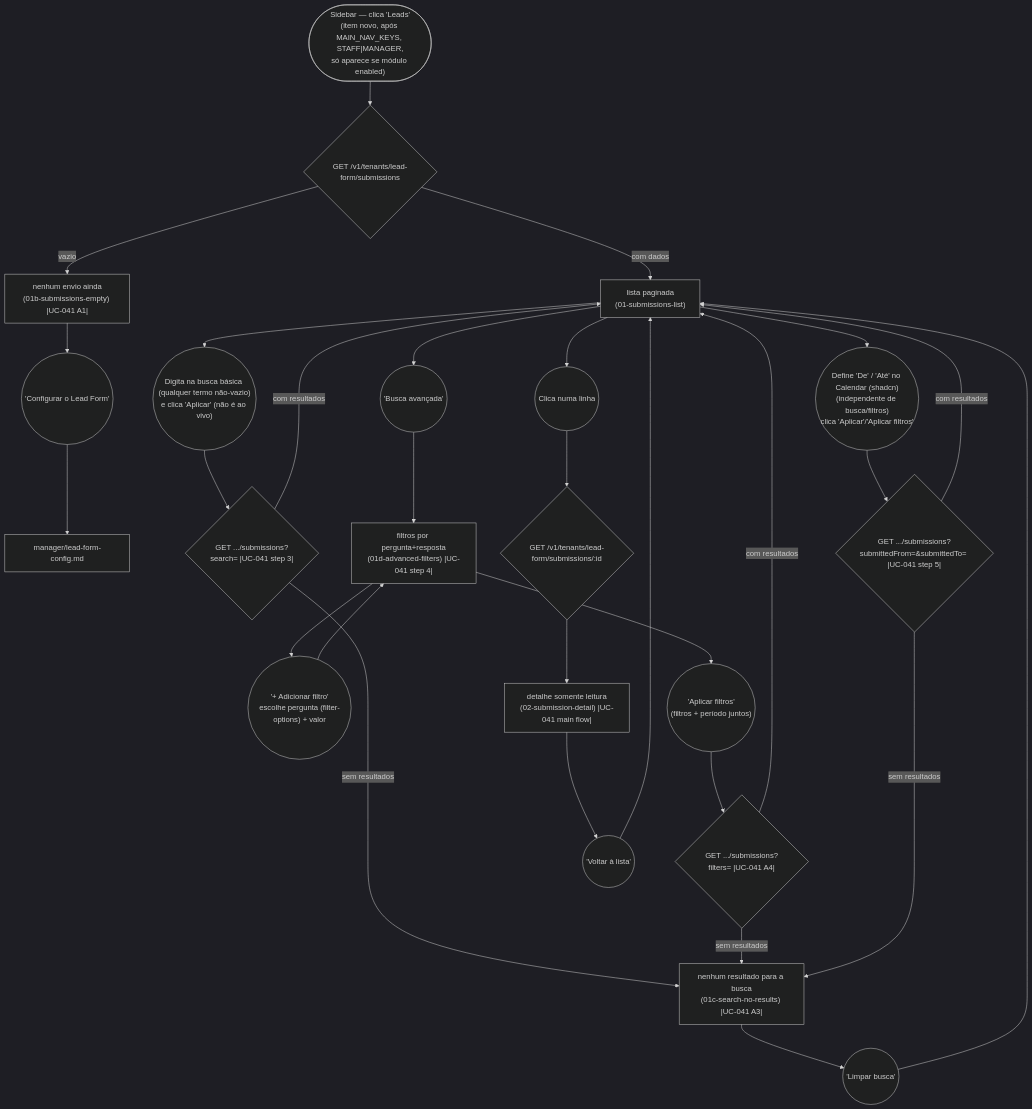
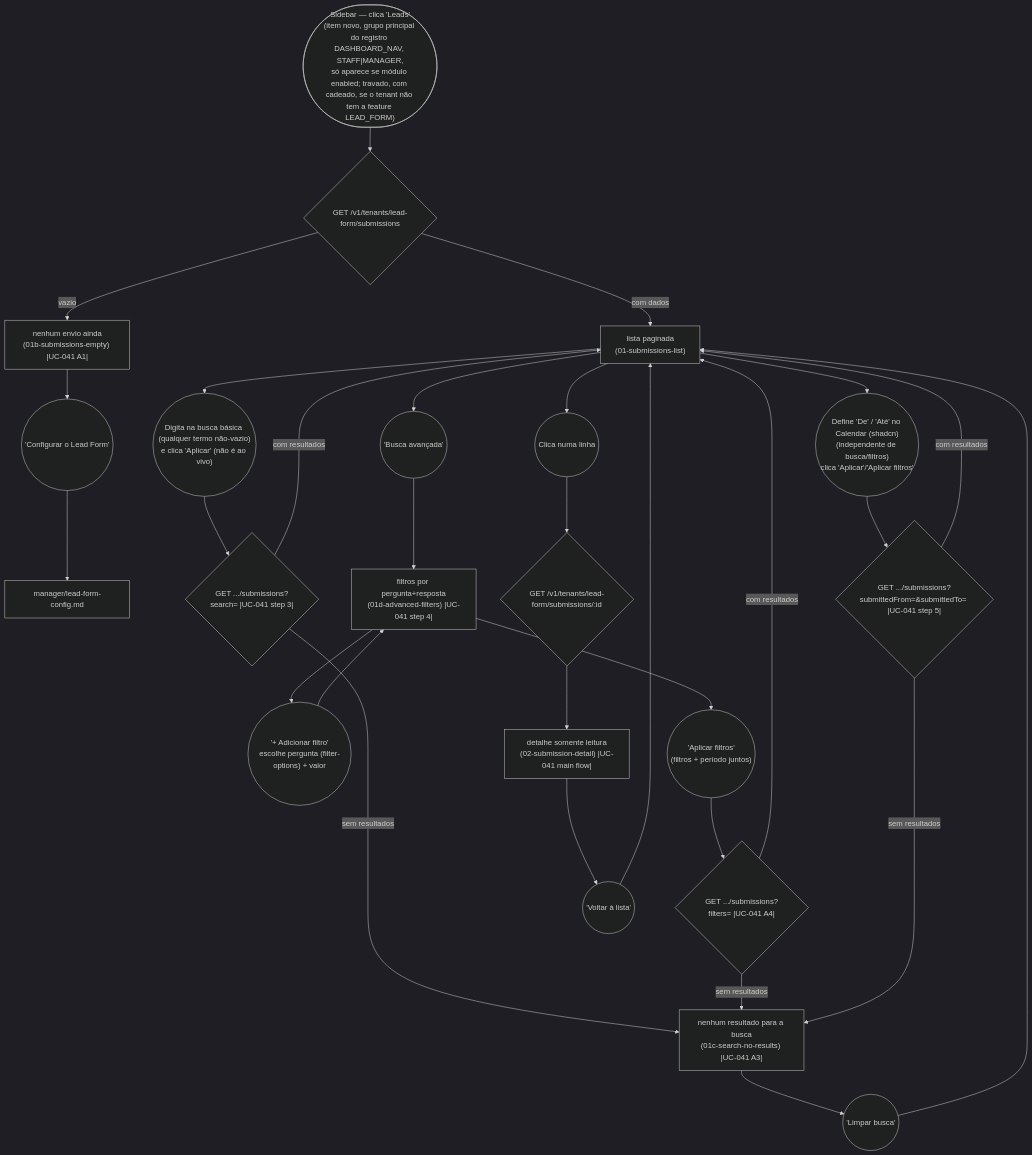
The diagram in journeys/manager/lead-form-submissions.md (lmmoreira/ikaro), drawn with Mermaid (dark theme) before and after one commit. The commit also changed other lines of this file and 87 other files, not shown here.

First line of the commit message:
refactor(billing): one registry per missing-feature surface across hotsite, staff dashboard and customer account, plus the booking-detail guard (M25-S34) (#809)

````diff
--- a/journeys/manager/lead-form-submissions.md
+++ b/journeys/manager/lead-form-submissions.md
@@ -12,36 +12,36 @@
 ```mermaid
 flowchart TD
-    Start(["Sidebar — clica 'Leads'<br/>(item novo, após MAIN_NAV_KEYS, STAFF|MANAGER,<br/>só aparece se módulo enabled)"]) --> List{"GET /v1/tenants/lead-form/submissions"}
+    Start(["Sidebar — clica 'Leads'<br/>(item novo, grupo principal do registro DASHBOARD_NAV, STAFF|MANAGER,<br/>só aparece se módulo enabled; travado, com cadeado, se o tenant não tem a feature LEAD_FORM)"]) --> List{"GET /v1/tenants/lead-form/submissions"}
     List -- "vazio" --> Empty["nenhum envio ainda<br/>(01b-submissions-empty) |UC-041 A1|"]
     List -- "com dados" --> Submissions["lista paginada<br/>(01-submissions-list)"]
 
     Empty --> ToConfig(("'Configurar o Lead Form'"))
     ToConfig --> ConfigJourney["manager/lead-form-config.md"]
 
     Submissions --> TypeSearch(("Digita na busca básica (qualquer termo não-vazio)<br/>e clica 'Aplicar' (não é ao vivo)"))
     TypeSearch --> SearchQuery{"GET .../submissions?search= |UC-041 step 3|"}
     SearchQuery -- "sem resultados" --> NoResults["nenhum resultado para a busca<br/>(01c-search-no-results) |UC-041 A3|"]
     SearchQuery -- "com resultados" --> Submissions
     NoResults --> ClearSearch(("'Limpar busca'"))
     ClearSearch --> Submissions
 
     Submissions --> OpenAdvanced(("'Busca avançada'"))
     OpenAdvanced --> Advanced["filtros por pergunta+resposta<br/>(01d-advanced-filters) |UC-041 step 4|"]
     Advanced --> AddFilterRow(("'+ Adicionar filtro'<br/>escolhe pergunta (filter-options) + valor"))
     AddFilterRow --> Advanced
     Advanced --> ApplyFilters(("'Aplicar filtros'<br/>(filtros + período juntos)"))
     ApplyFilters --> FiltersQuery{"GET .../submissions?filters= |UC-041 A4|"}
     FiltersQuery -- "sem resultados" --> NoResults
     FiltersQuery -- "com resultados" --> Submissions
 
     Submissions --> SetDateRange(("Define 'De' / 'Até' no Calendar (shadcn)<br/>(independente de busca/filtros)<br/>clica 'Aplicar'/'Aplicar filtros'"))
     SetDateRange --> DateRangeQuery{"GET .../submissions?submittedFrom=&submittedTo= |UC-041 step 5|"}
     DateRangeQuery -- "sem resultados" --> NoResults
     DateRangeQuery -- "com resultados" --> Submissions
 
     Submissions --> ClickRow(("Clica numa linha"))
     ClickRow --> Detail{"GET /v1/tenants/lead-form/submissions/:id"}
     Detail --> Detail2["detalhe somente leitura<br/>(02-submission-detail) |UC-041 main flow|"]
     Detail2 --> Back(("'Voltar à lista'"))
     Back --> Submissions
 ```
````
